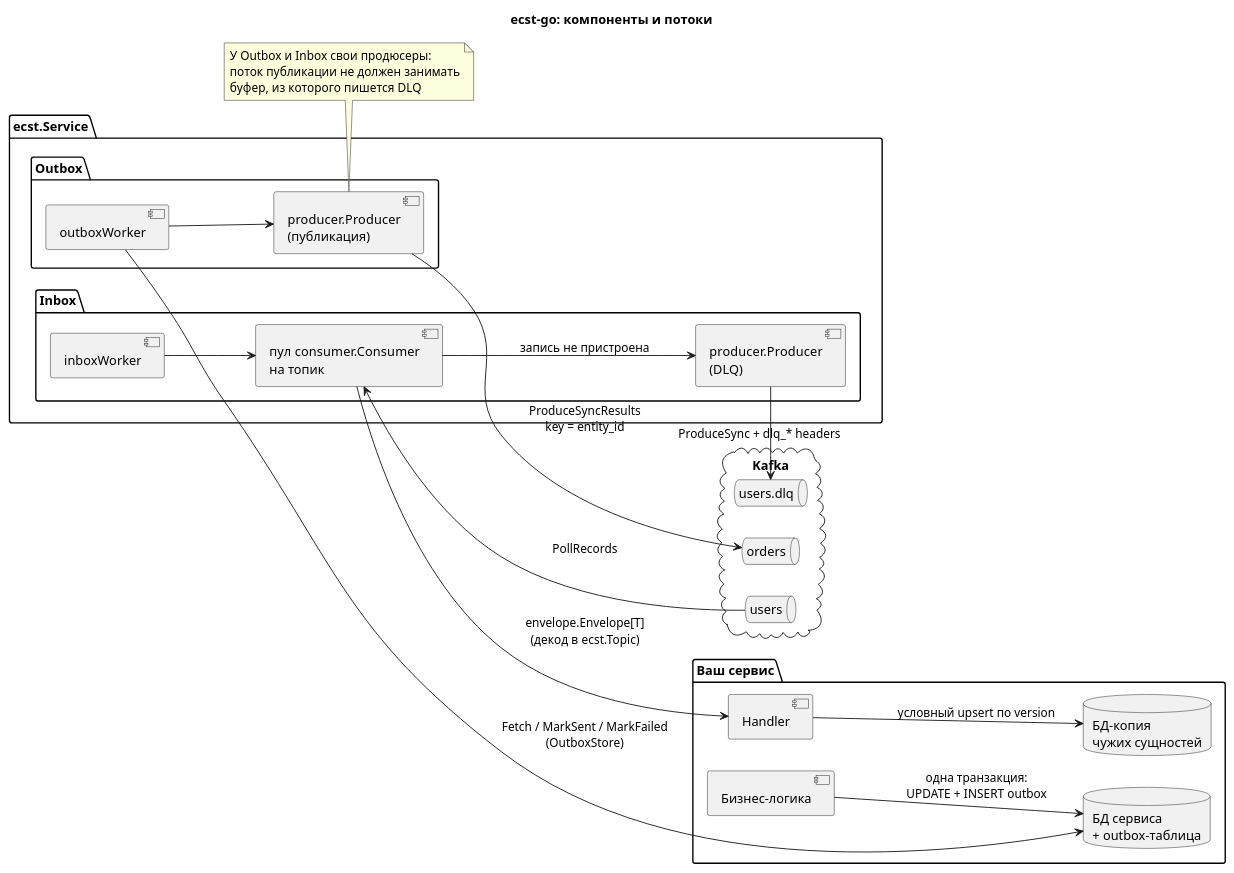
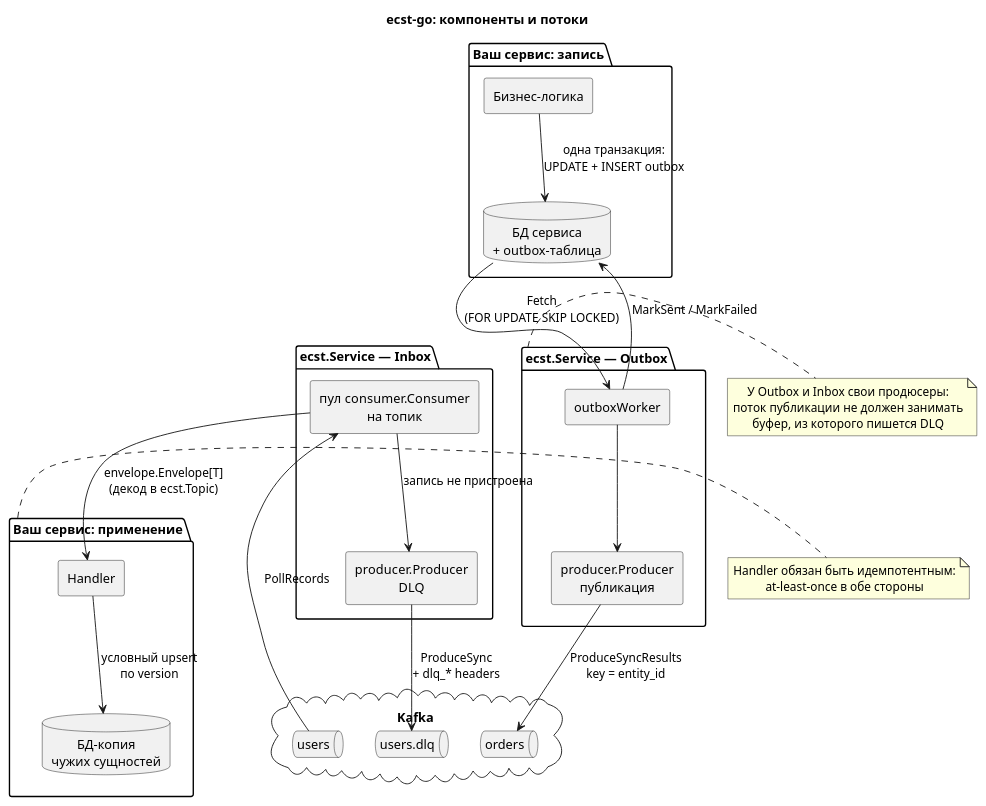
One commit to giicoo/ecst-go changed the diagram in docs/diagrams/overview.puml. Above: the diagram before and after it, drawn with PlantUML. The commit also changed 8 other files, not shown here.

Commit message:
docs: fix diagram

```diff
--- a/docs/diagrams/overview.puml
+++ b/docs/diagrams/overview.puml
@@ -1,47 +1,56 @@
 @startuml
 title ecst-go: компоненты и потоки
-left to right direction
 
-package "Ваш сервис" {
+skinparam componentStyle rectangle
+skinparam shadowing false
+skinparam defaultTextAlignment center
+
+package "Ваш сервис: запись" as Write {
   [Бизнес-логика] as Biz
   database "БД сервиса\n+ outbox-таблица" as DB
-  [Handler] as H
-  database "БД-копия\nчужих сущностей" as Read
 }
 
-package "ecst.Service" {
-  package "Outbox" {
-    [outboxWorker] as OW
-    [producer.Producer\n(публикация)] as P1
-  }
-  package "Inbox" {
-    [inboxWorker] as IW
-    [пул consumer.Consumer\nна топик] as C
-    [producer.Producer\n(DLQ)] as P2
-  }
+package "ecst.Service — Outbox" as Out {
+  [outboxWorker] as OW
+  [producer.Producer\nпубликация] as P1
 }
 
-cloud Kafka {
+cloud "Kafka" as K {
   queue "orders" as T1
   queue "users" as T2
   queue "users.dlq" as D1
 }
 
-Biz --> DB : одна транзакция:\nUPDATE + INSERT outbox
-OW --> DB : Fetch / MarkSent / MarkFailed\n(OutboxStore)
-OW --> P1
-P1 --> T1 : ProduceSyncResults\nkey = entity_id
+package "ecst.Service — Inbox" as In {
+  [пул consumer.Consumer\nна топик] as C
+  [producer.Producer\nDLQ] as P2
+}
 
-T2 --> C : PollRecords
-IW --> C
-C --> H : envelope.Envelope[T]\n(декод в ecst.Topic)
-H --> Read : условный upsert по version
-C --> P2 : запись не пристроена
-P2 --> D1 : ProduceSync + dlq_* headers
+package "Ваш сервис: применение" as Apply {
+  [Handler] as H
+  database "БД-копия\nчужих сущностей" as Read
+}
 
-note bottom of P1
+Biz    --> DB : одна транзакция:\nUPDATE + INSERT outbox
+DB     --> OW : Fetch\n(FOR UPDATE SKIP LOCKED)
+OW     --> DB : MarkSent / MarkFailed
+OW     --> P1
+P1     --> T1 : ProduceSyncResults\nkey = entity_id
+
+T2     --> C  : PollRecords
+C      --> H  : envelope.Envelope[T]\n(декод в ecst.Topic)
+H      --> Read : условный upsert\nпо version
+C      --> P2 : запись не пристроена
+P2     --> D1 : ProduceSync\n+ dlq_* headers
+
+note right of Out
   У Outbox и Inbox свои продюсеры:
   поток публикации не должен занимать
   буфер, из которого пишется DLQ
 end note
+
+note right of Apply
+  Handler обязан быть идемпотентным:
+  at-least-once в обе стороны
+end note
 @enduml
```
